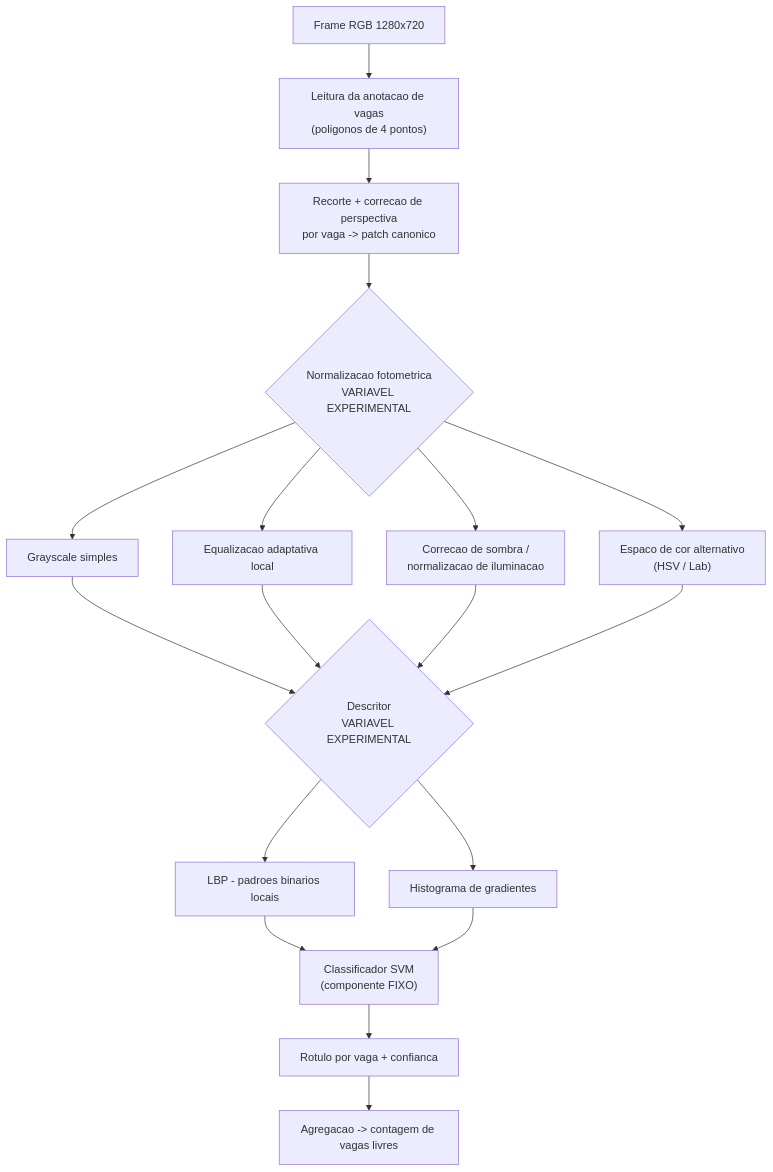
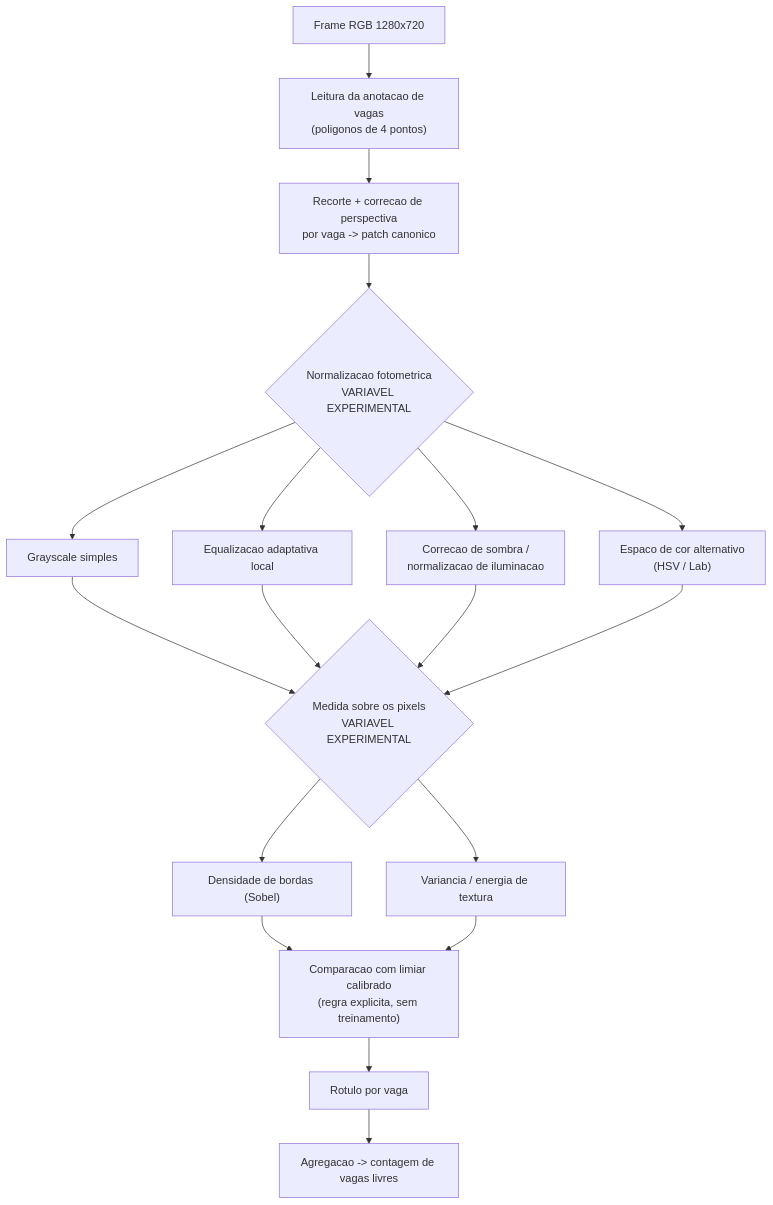
One commit to ThreeOneOneZero/pdi_parking_lot changed the first of 3 diagrams in docs/proposta.md. Above: the diagram before and after it, drawn with Mermaid. The commit also changed other lines of this file and 4 other files, not shown here.

````diff
--- a/docs/proposta.md
+++ b/docs/proposta.md
@@ -172,20 +191,20 @@
 ```mermaid
 flowchart TD
     A["Frame RGB 1280x720"] --> B["Leitura da anotacao de vagas<br/>(poligonos de 4 pontos)"]
     B --> C["Recorte + correcao de perspectiva<br/>por vaga -> patch canonico"]
     C --> D{"Normalizacao fotometrica<br/>VARIAVEL EXPERIMENTAL"}
     D --> D1["Grayscale simples"]
     D --> D2["Equalizacao adaptativa local"]
     D --> D3["Correcao de sombra /<br/>normalizacao de iluminacao"]
     D --> D4["Espaco de cor alternativo<br/>(HSV / Lab)"]
-    D1 --> E{"Descritor<br/>VARIAVEL EXPERIMENTAL"}
+    D1 --> E{"Medida sobre os pixels<br/>VARIAVEL EXPERIMENTAL"}
     D2 --> E
     D3 --> E
     D4 --> E
-    E --> E1["LBP - padroes binarios locais"]
-    E --> E2["Histograma de gradientes"]
-    E1 --> F["Classificador SVM<br/>(componente FIXO)"]
+    E --> E1["Densidade de bordas (Sobel)"]
+    E --> E2["Variancia / energia de textura"]
+    E1 --> F["Comparacao com limiar calibrado<br/>(regra explicita, sem treinamento)"]
     E2 --> F
-    F --> G["Rotulo por vaga + confianca"]
+    F --> G["Rotulo por vaga"]
     G --> H["Agregacao -> contagem de vagas livres"]
 ```
````
